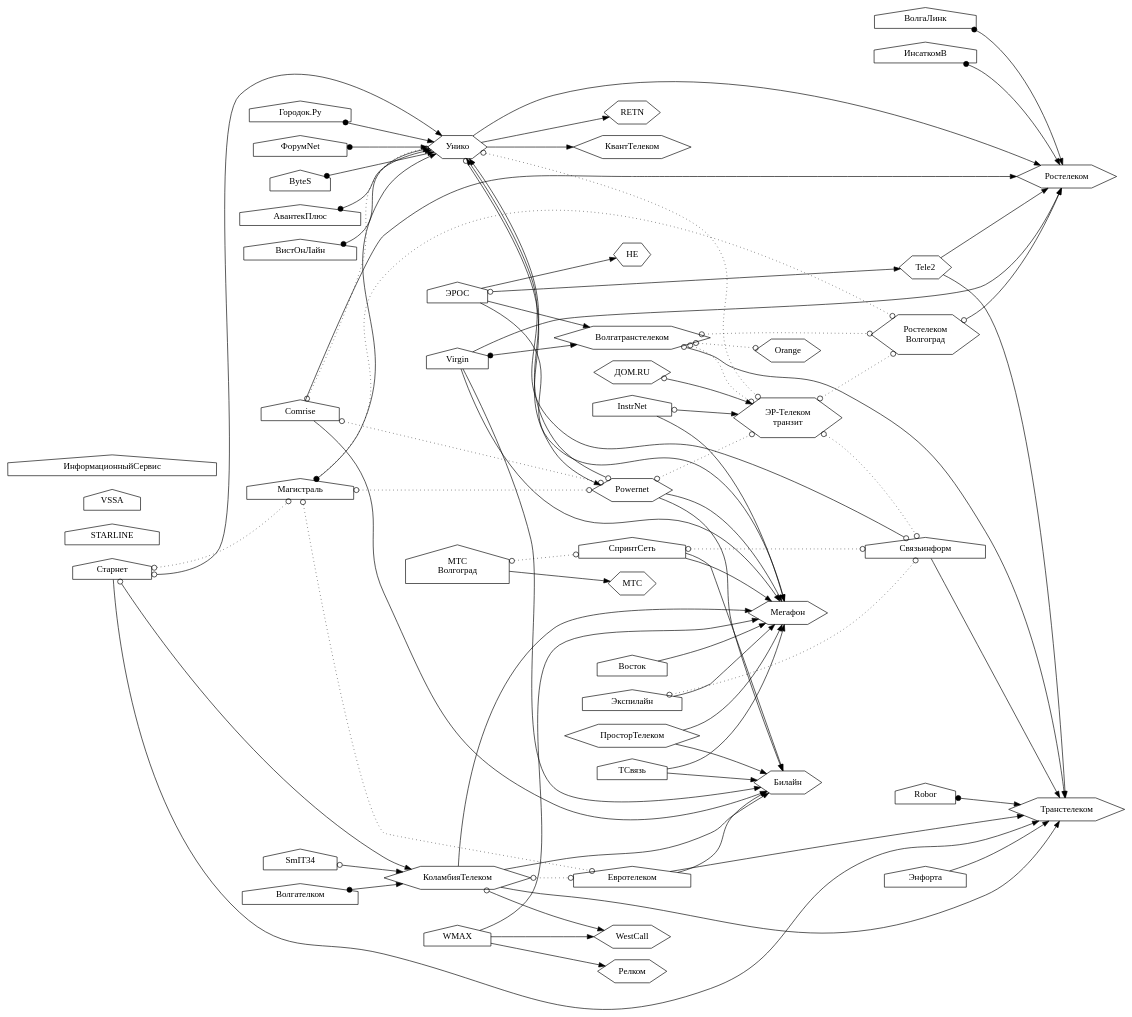
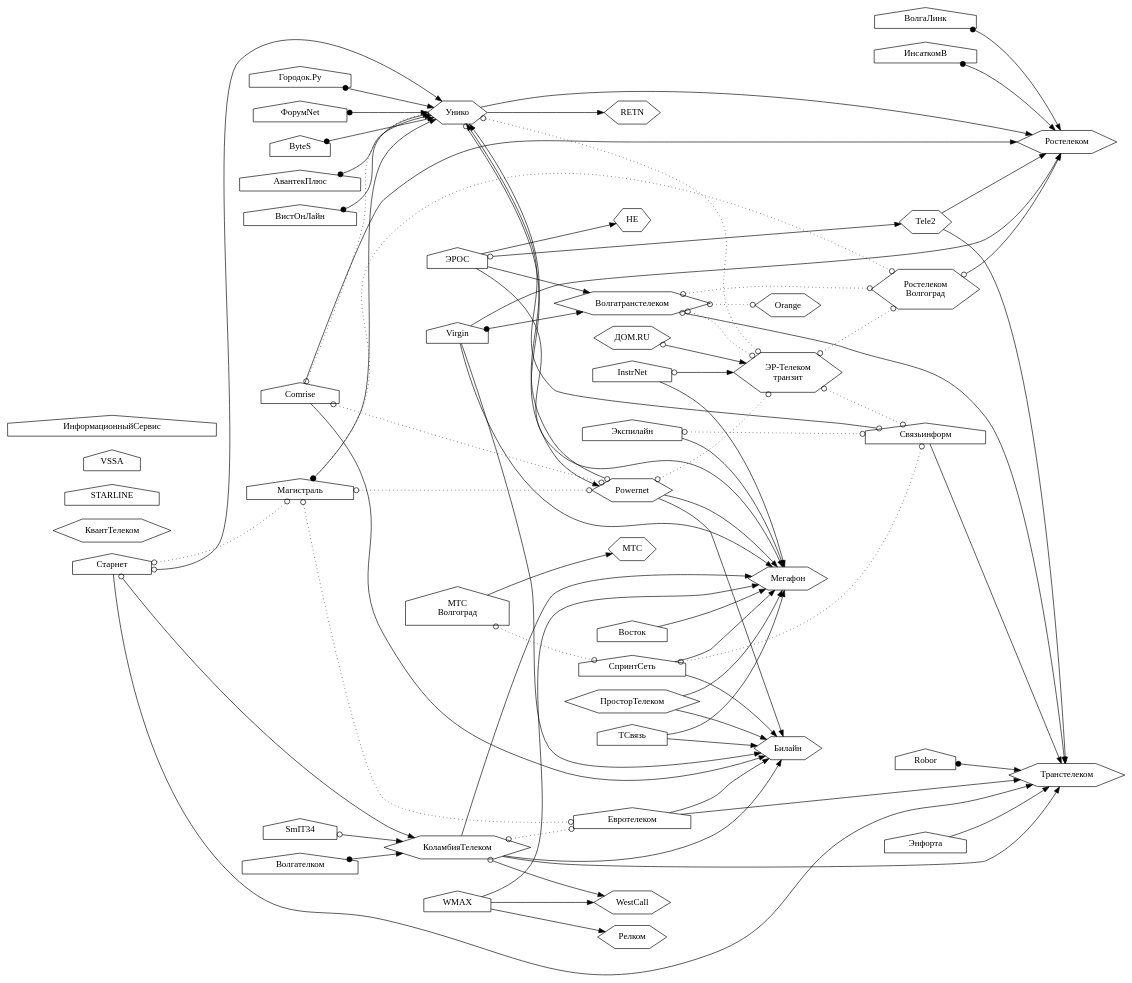
Before and after one commit to Urlandi/elsv-v.ru: the diagram in static/links/links.dot, drawn with Graphviz. The commit also changed 5 other files, not shown here.

```diff
--- a/static/links/links.dot
+++ b/static/links/links.dot
@@ -1,186 +1,186 @@
 digraph ispgraph {
 
 rankdir = LR;
 node [shape=house;];
 
 Унико, ДомРу, ЭрТелеком, Транстелеком, Волгатранстелеком, Релком [shape=hexagon;];
 Мегафон, Вымпелком, КоламбияТелеком, Ростелеком, HE, КвантТелеком [shape=hexagon;];
 Tele2, МТС, ЮТК, Orange, ПросторТелеком, WestCall, Powernet, RETN [shape=hexagon;];
 
 ДомРу [label="ДОМ.RU"];
 ЭрТелеком [label="ЭР-Телеком\nтранзит"];
 МКС [label="МТС\nВолгоград"];
 ЮТК [label="Ростелеком\nВолгоград"];
 Вымпелком [label="Билайн"];
 ГородокТочкаРу [label="Городок.Ру"];
 
 subgraph backbone {/*Собственная опорная сеть*/
 Транстелеком;
 Мегафон;
 Вымпелком;
 Ростелеком;
 HE;
 МТС;
 Orange;
 ЭрТелеком;
 WestCall;
 };
 
 subgraph Ростелеком {/*Провайдеры члены Ростелеком*/
 Ростелеком;
 ЮТК;
 };
 
 subgraph ЭрТелекомХолдинг {/*ЭР-Телеком*/
 ДомРу;
 ЭрТелеком;
 };
 
 subgraph WestCall {/*Провайдеры члены WestCall*/
 WestCall;
 КоламбияТелеком;
 };
 
 {/*Отсутствует информация о подключении*/
 STARLINE;
 VSSA;
 ИнформационныйСервис;
+КвантТелеком;
 };
 
 
 {/*Магистральные связи*/
 
 Связьинформ -> Транстелеком;
 
 Tele2 -> Ростелеком;
 Tele2 -> Транстелеком;
 
 СпринтСеть -> Вымпелком;
 СпринтСеть -> Мегафон;
 
 Старнет -> Транстелеком;
 
 Экспилайн -> Мегафон;
 
 ЭРОС -> Волгатранстелеком;
 ЭРОС -> HE;
 ЭРОС -> Мегафон;
 
 Comrise -> Ростелеком;
 Comrise -> Вымпелком;
 
 МКС -> МТС;
 
 Powernet -> Мегафон;
 Powernet -> Вымпелком;
 
 Евротелеком -> Транстелеком;
 Евротелеком -> Вымпелком;
 
 КоламбияТелеком -> Транстелеком;
 КоламбияТелеком -> Вымпелком;
 КоламбияТелеком -> Мегафон;
 
 Virgin -> Вымпелком;
 Virgin -> Мегафон;
 Virgin -> Ростелеком;
 
 Унико -> Ростелеком;
 Унико -> RETN;
-Унико -> КвантТелеком;
 
 Энфорта -> Транстелеком;
 
 ПросторТелеком -> Вымпелком;
 ПросторТелеком -> Мегафон;
 
 WMAX -> Мегафон;
 WMAX -> WestCall;
 WMAX -> Релком;
 
 InstrNet -> Мегафон;
 
 ТСвязь -> Мегафон;
 ТСвязь -> Вымпелком;
 
 Восток -> Мегафон;
 
 {/*Пиринг с магистральным оператором*/
 edge [dir=both; arrowtail=odot;];
 
 Связьинформ -> Унико;
 
 Старнет -> КоламбияТелеком;
 Старнет -> Унико;
 
 ЭРОС -> Tele2;
 
 Powernet -> Унико;
 Унико -> Powernet;
 
 ЮТК -> Ростелеком;
 
 Волгатранстелеком -> Транстелеком;
 
 ДомРу -> ЭрТелеком;
 
 InstrNet -> ЭрТелеком;
 
 КоламбияТелеком -> WestCall;
 
 SmIT34 -> КоламбияТелеком;
 
 };
 
 {/*Маршрутизация на оборудовании магистрального оператора*/
 edge [dir=both; arrowtail=dot;];
 
 ВолгаЛинк -> Ростелеком;
 Волгателком -> КоламбияТелеком;
 ИнсаткомВ -> Ростелеком;
 Магистраль -> Унико;
 ГородокТочкаРу -> Унико;
 ФорумNet -> Унико;
 ByteS -> Унико;
 АвантекПлюс -> Унико;
 Robor -> Транстелеком;
 Virgin -> Волгатранстелеком;
 ВистОнЛайн -> Унико;
 };
 
 };
 
 {/*Пиринг*/
 
 edge [dir=both; arrowhead=odot; arrowtail=odot; style=dotted;];
 
 СпринтСеть -> Связьинформ;
 МКС -> СпринтСеть;
 
 Старнет -> Магистраль;
 
 Экспилайн -> Связьинформ;
 
 Comrise -> Унико;
 Comrise -> Powernet;
 
 Powernet -> ЭрТелеком;
 
 КоламбияТелеком -> Евротелеком;
 
 Магистраль -> Powernet;
 Магистраль -> ЮТК;
 Магистраль -> Евротелеком;
 
 Унико -> ЭрТелеком;
 
 Волгатранстелеком -> ЮТК;
 Волгатранстелеком -> ЭрТелеком;
 Волгатранстелеком -> Orange;
 
 ЭрТелеком -> ЮТК;
 ЭрТелеком -> Связьинформ;
 
 };
 
 }
```
